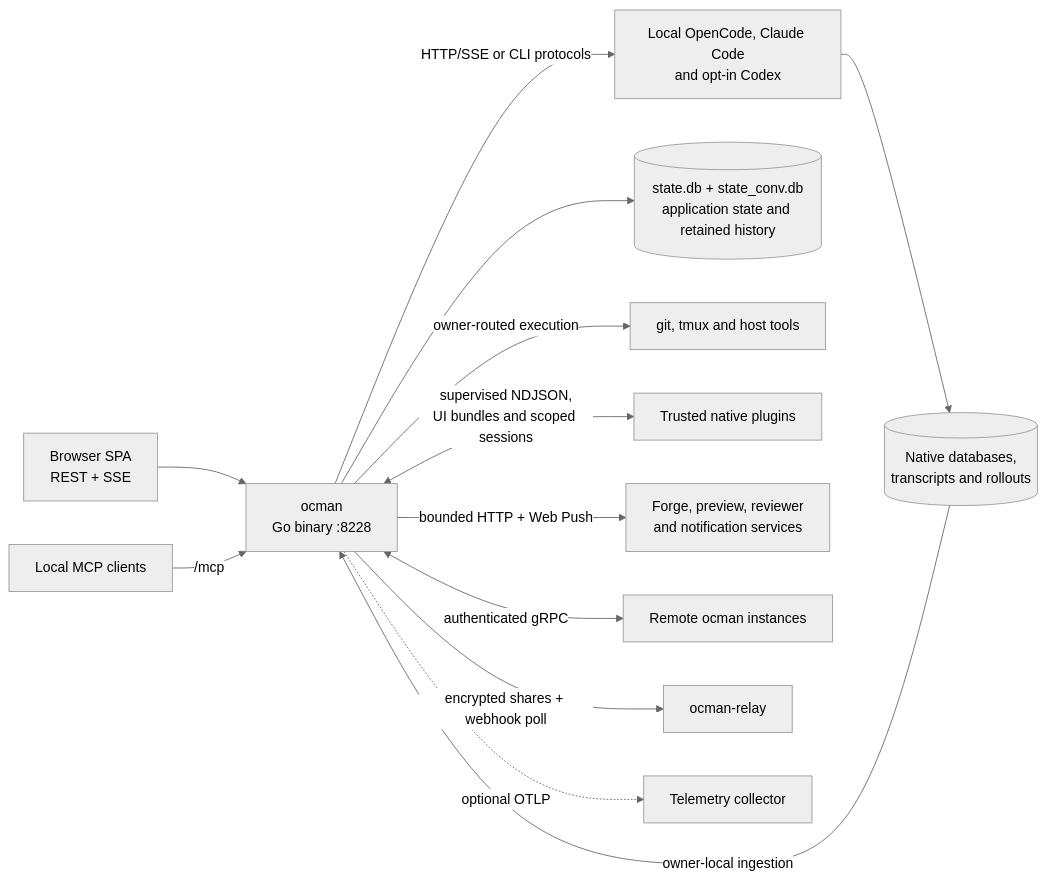
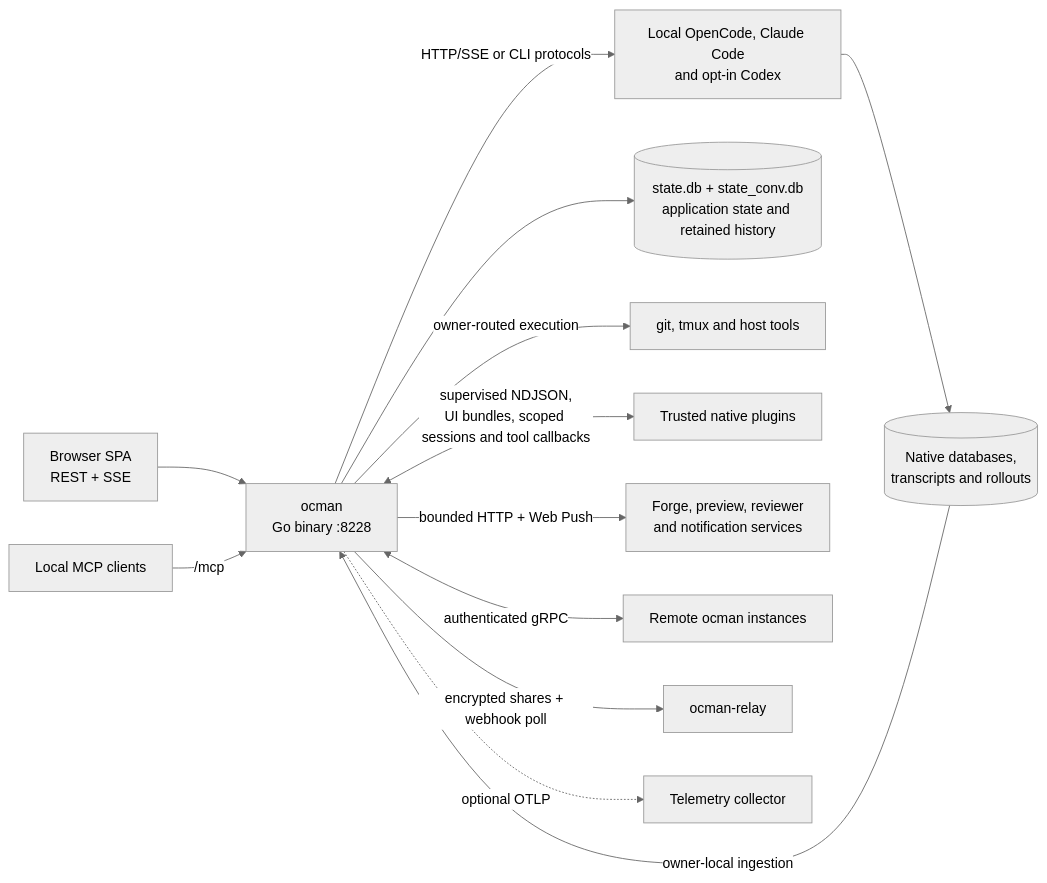
Before and after one commit to ocman/ocman: the sixth of 21 diagrams in docs/other/architecture.md, drawn with Mermaid (neutral theme). The commit also changed other lines of this file and 25 other files, not shown here.

Commit message:
feat(plugins): support bounded session tool callbacks

````diff
--- a/docs/other/architecture.md
+++ b/docs/other/architecture.md
@@ -205,15 +205,15 @@
 ```mermaid
 flowchart LR
     Browser[Browser SPA<br/>REST + SSE] --> Ocman[ocman<br/>Go binary :8228]
     Agent[Local MCP clients] -->|/mcp| Ocman
     Ocman -->|HTTP/SSE or CLI protocols| Platforms[Local OpenCode, Claude Code<br/>and opt-in Codex]
     Platforms --> Native[(Native databases,<br/>transcripts and rollouts)]
     Native -->|owner-local ingestion| Ocman
     Ocman --> Stores[(state.db + state_conv.db<br/>application state and retained history)]
     Ocman -->|owner-routed execution| Tools[git, tmux and host tools]
-    Ocman <-->|supervised NDJSON,<br/>UI bundles and scoped sessions| Plugins[Trusted native plugins]
+    Ocman <-->|supervised NDJSON,<br/>UI bundles, scoped sessions and tool callbacks| Plugins[Trusted native plugins]
     Ocman -->|bounded HTTP + Web Push| Services[Forge, preview, reviewer<br/>and notification services]
     Ocman <-->|authenticated gRPC| Remotes[Remote ocman instances]
     Ocman -->|encrypted shares + webhook poll| Relay[ocman-relay]
     Ocman -.->|optional OTLP| Otel[Telemetry collector]
 ```
````
